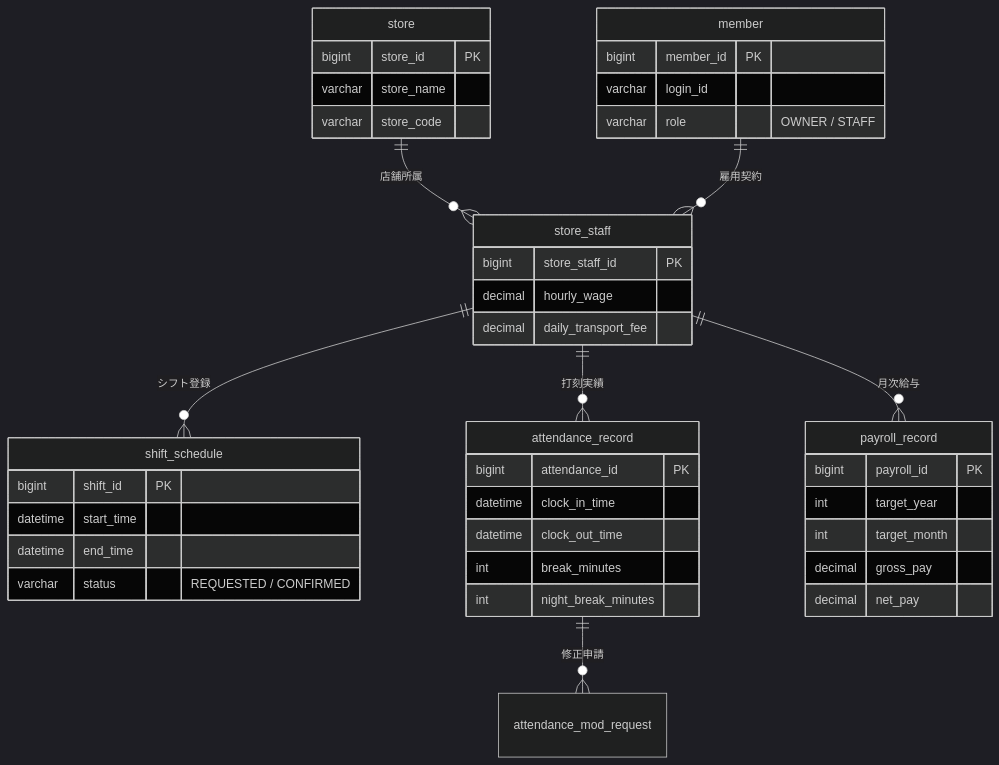
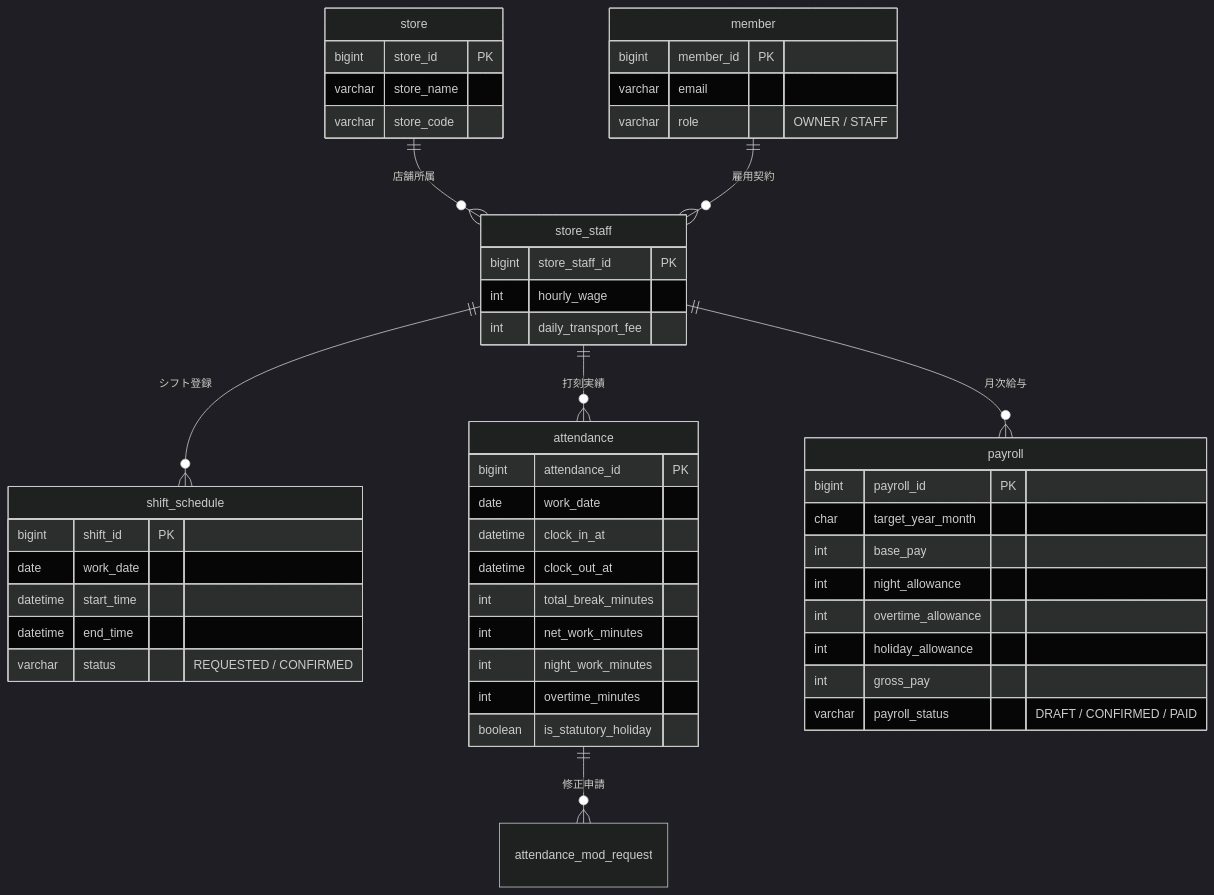
Before and after one commit to KBG183/kintai-saas-refactored: the second of 3 diagrams in README.md, drawn with Mermaid (dark theme). The commit also changed other lines of this file and 28 other files, not shown here.

````diff
--- a/README.md
+++ b/README.md
@@ -114,45 +114,53 @@
 ```mermaid
 erDiagram
     store ||--o{ store_staff : "店舗所属"
     member ||--o{ store_staff : "雇用契約"
     store_staff ||--o{ shift_schedule : "シフト登録"
-    store_staff ||--o{ attendance_record : "打刻実績"
-    attendance_record ||--o{ attendance_mod_request : "修正申請"
-    store_staff ||--o{ payroll_record : "月次給与"
+    store_staff ||--o{ attendance : "打刻実績"
+    attendance ||--o{ attendance_mod_request : "修正申請"
+    store_staff ||--o{ payroll : "月次給与"
 
     store {
         bigint store_id PK
         varchar store_name
         varchar store_code
     }
     member {
         bigint member_id PK
-        varchar login_id
+        varchar email
         varchar role "OWNER / STAFF"
     }
     store_staff {
         bigint store_staff_id PK
-        decimal hourly_wage
-        decimal daily_transport_fee
+        int hourly_wage
+        int daily_transport_fee
     }
     shift_schedule {
         bigint shift_id PK
+        date work_date
         datetime start_time
         datetime end_time
         varchar status "REQUESTED / CONFIRMED"
     }
-    attendance_record {
+    attendance {
         bigint attendance_id PK
-        datetime clock_in_time
-        datetime clock_out_time
-        int break_minutes
-        int night_break_minutes
+        date work_date
+        datetime clock_in_at
+        datetime clock_out_at
+        int total_break_minutes
+        int net_work_minutes
+        int night_work_minutes
+        int overtime_minutes
+        boolean is_statutory_holiday
     }
-    payroll_record {
+    payroll {
         bigint payroll_id PK
-        int target_year
-        int target_month
-        decimal gross_pay
-        decimal net_pay
+        char target_year_month
+        int base_pay
+        int night_allowance
+        int overtime_allowance
+        int holiday_allowance
+        int gross_pay
+        varchar payroll_status "DRAFT / CONFIRMED / PAID"
     }
 ```
````
